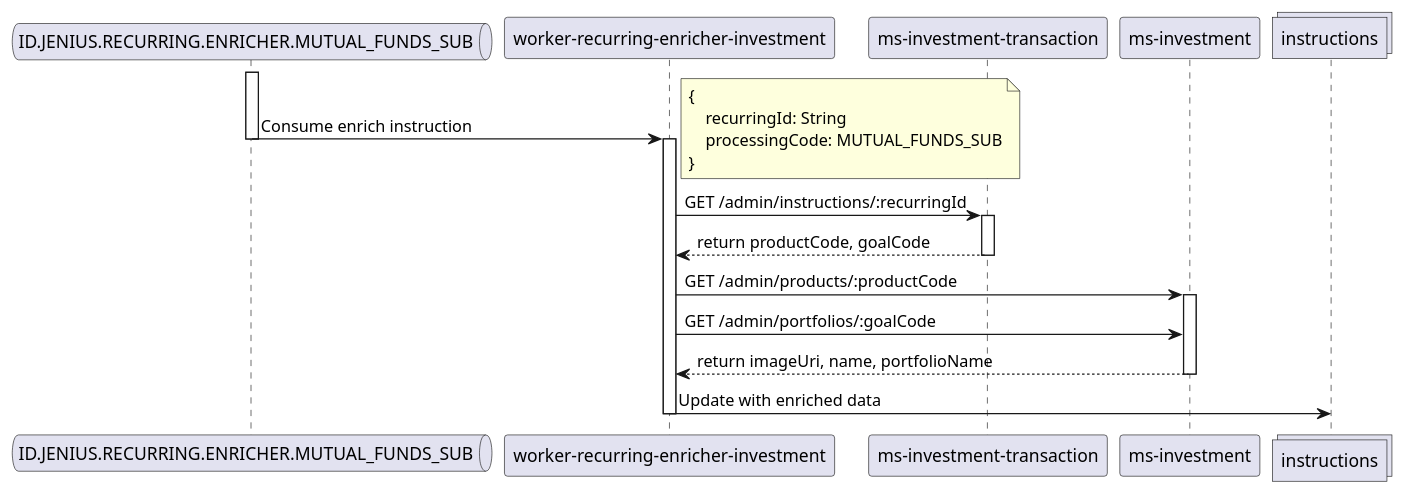
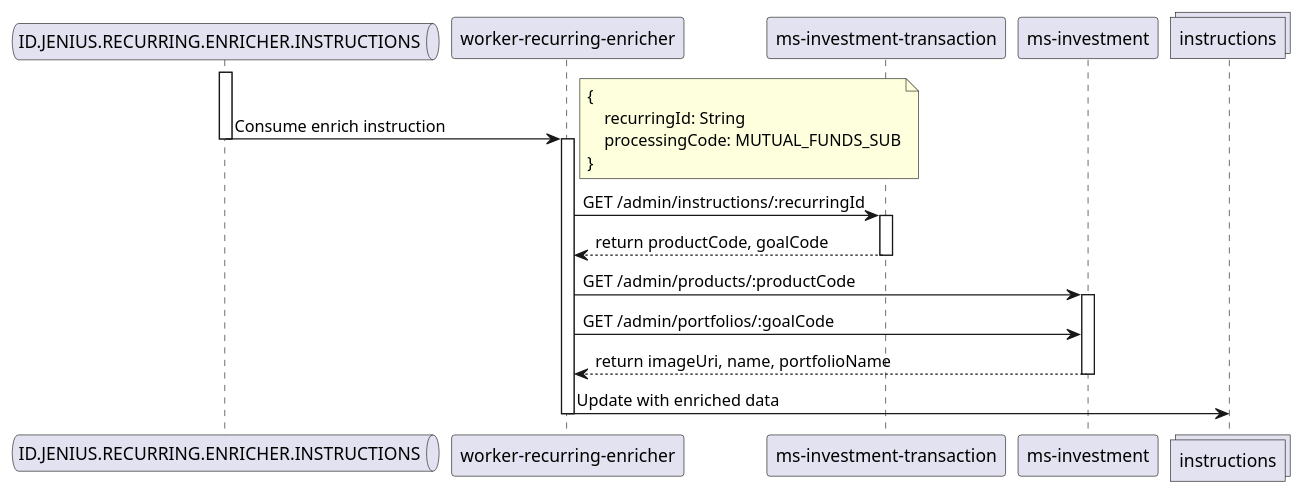
One commit to iksena/jenius-uml changed the diagram in enricherRecurring.puml. Above: the diagram before and after it, drawn with PlantUML. The commit also changed 3 other files, not shown here.

```diff
--- a/enricherRecurring.puml
+++ b/enricherRecurring.puml
@@ -1,32 +1,32 @@
 @startuml mutual funds cron recurring
 
-queue "ID.JENIUS.RECURRING.ENRICHER.MUTUAL_FUNDS_SUB" as kafkaEnrich
-participant "worker-recurring-enricher-investment" as wre
+queue "ID.JENIUS.RECURRING.ENRICHER.INSTRUCTIONS" as kafkaEnrich
+participant "worker-recurring-enricher" as wre
 participant "ms-investment-transaction" as mit
 participant "ms-investment" as mi
 collections "instructions" as instr
 
 
 activate kafkaEnrich
 kafkaEnrich -> wre: Consume enrich instruction
 note right
 {
     recurringId: String
     processingCode: MUTUAL_FUNDS_SUB
 }
 end note
 deactivate kafkaEnrich
 activate wre
 wre -> mit: GET /admin/instructions/:recurringId
 activate mit
 mit --> wre: return productCode, goalCode
 deactivate mit
 wre -> mi: GET /admin/products/:productCode
 activate mi
 wre -> mi: GET /admin/portfolios/:goalCode
 mi --> wre: return imageUri, name, portfolioName
 deactivate mi
 wre -> instr: Update with enriched data
 deactivate wre
 
 @enduml
```
